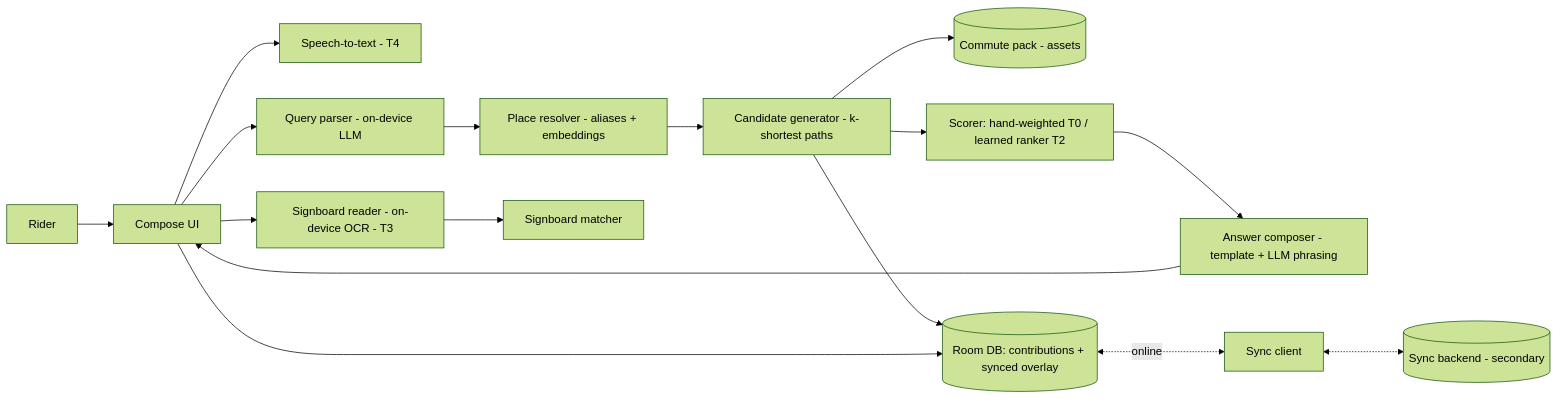
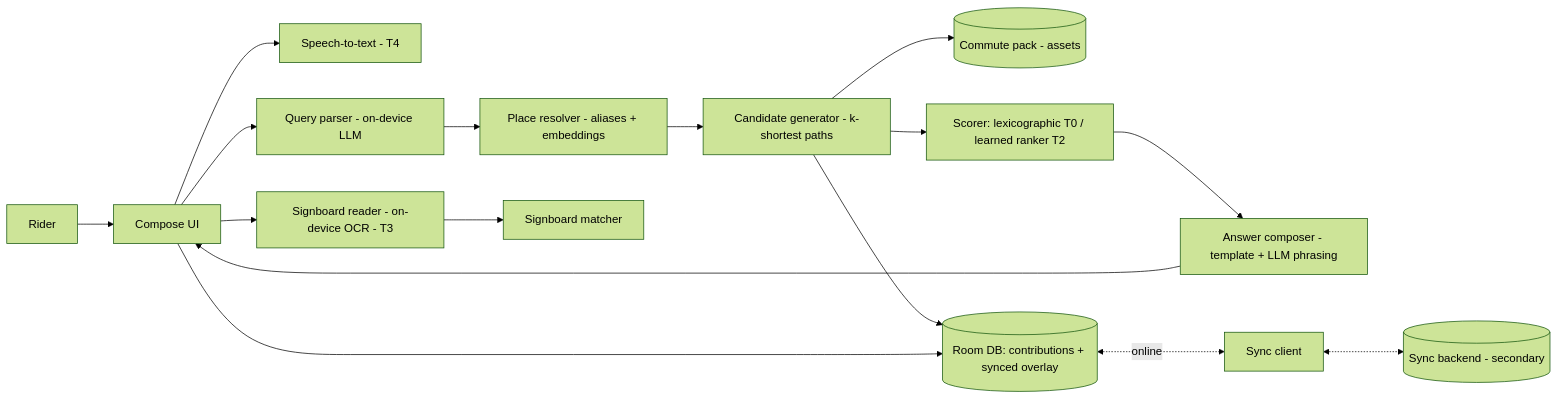
One commit to geadlydrim/appbuildersph-hackathon changed the first of 2 diagrams in docs/fmd/sdd-commutenity.md. Above: the diagram before and after it, drawn with Mermaid (forest theme). The commit also changed other lines of this file and 9 other files, not shown here.

````diff
--- a/docs/fmd/sdd-commutenity.md
+++ b/docs/fmd/sdd-commutenity.md
@@ -28,17 +28,17 @@
 ```mermaid
 flowchart LR
     U[Rider] --> UI[Compose UI]
     UI --> SP[Speech-to-text - T4]
     UI --> QP[Query parser - on-device LLM]
     QP --> PR[Place resolver - aliases + embeddings]
     PR --> CG[Candidate generator - k-shortest paths]
     CG --> PK[(Commute pack - assets)]
     CG --> CS[(Room DB: contributions + synced overlay)]
-    CG --> SC[Scorer: hand-weighted T0 / learned ranker T2]
+    CG --> SC[Scorer: lexicographic T0 / learned ranker T2]
     SC --> AC[Answer composer - template + LLM phrasing]
     AC --> UI
     UI --> CS
     CS <-.online.-> SY[Sync client] <-.-> BE[(Sync backend - secondary)]
     UI --> SR[Signboard reader - on-device OCR - T3]
     SR --> SM[Signboard matcher]
 ```
````
